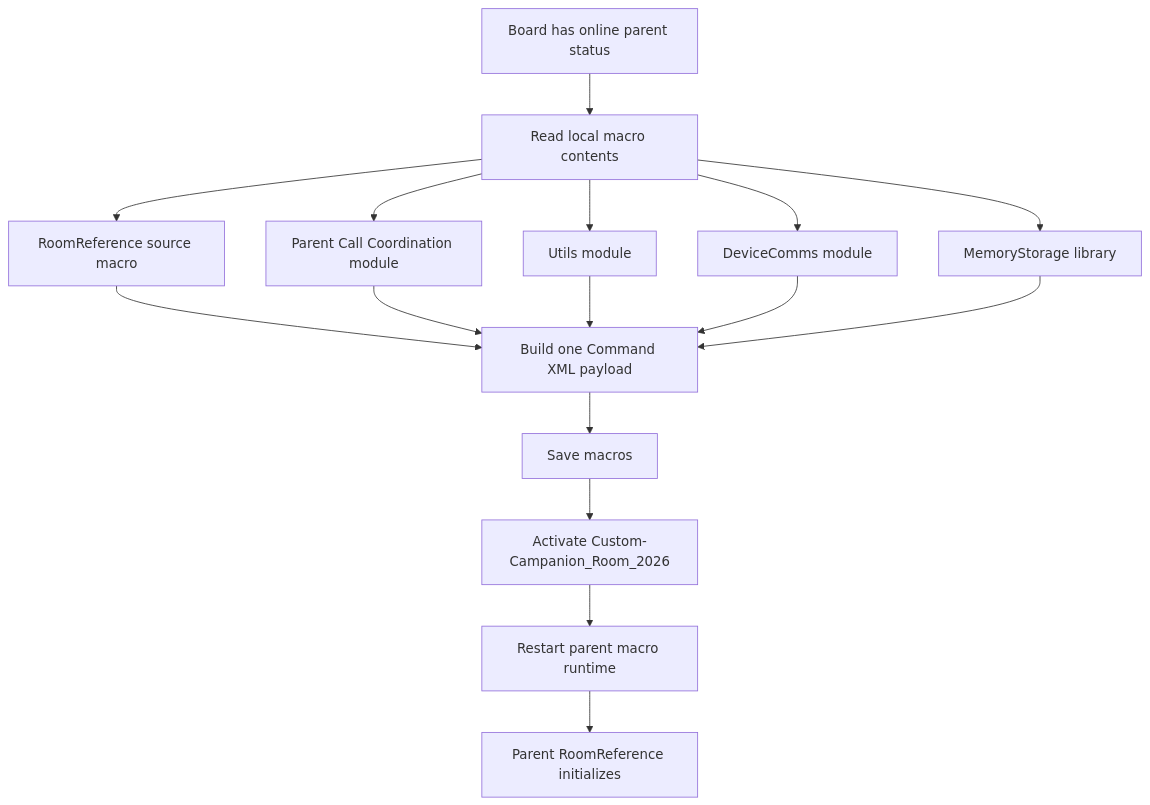
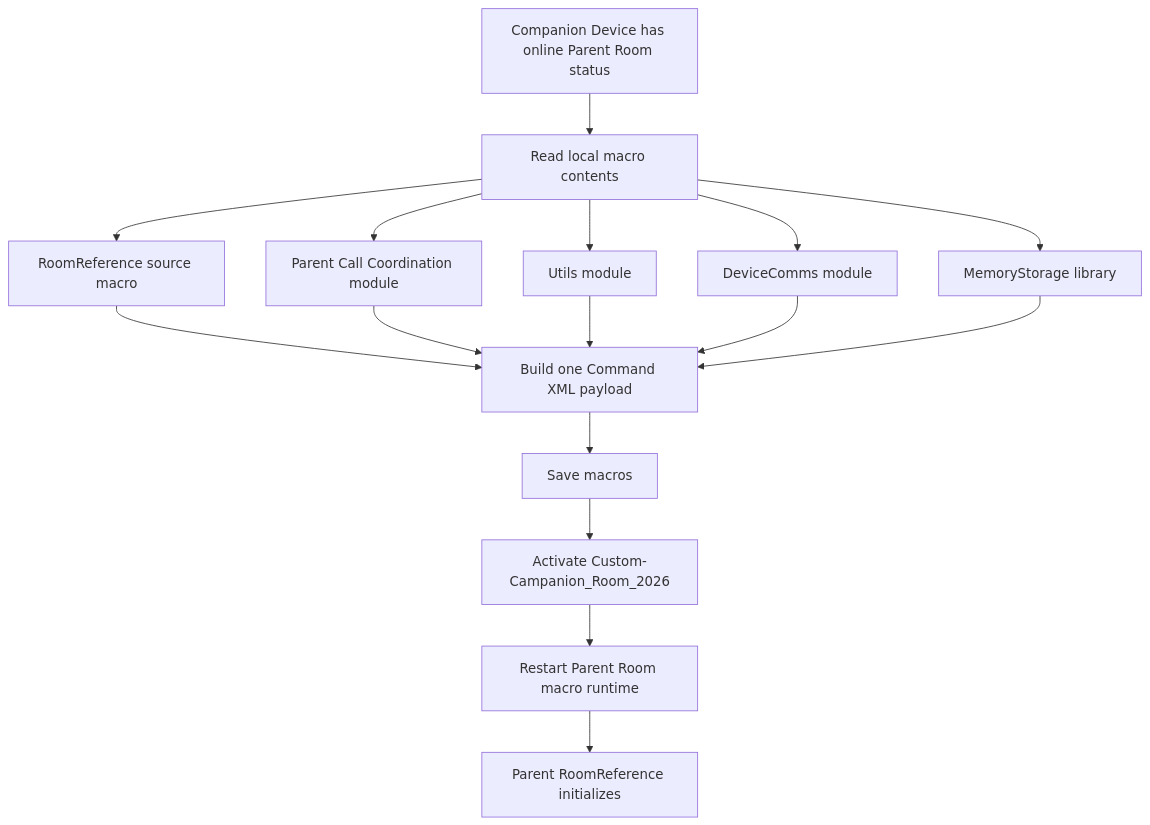
The second of 8 diagrams in README.md (ctg-tme/Custom_Companion_2026), drawn with Mermaid before and after one commit. The commit also changed other lines of this file and 42 other files, not shown here.

````diff
--- a/README.md
+++ b/README.md
@@ -86,18 +86,18 @@
 ```mermaid
 flowchart TD
-	A[Board has online parent status] --> B[Read local macro contents]
+	A[Companion Device has online Parent Room status] --> B[Read local macro contents]
 	B --> C[RoomReference source macro]
 	B --> D[Parent Call Coordination module]
 	B --> E[Utils module]
 	B --> F[DeviceComms module]
 	B --> G[MemoryStorage library]
 	C --> H[Build one Command XML payload]
 	D --> H
 	E --> H
 	F --> H
 	G --> H
 	H --> I[Save macros]
 	I --> J[Activate Custom-Campanion_Room_2026]
-	J --> K[Restart parent macro runtime]
+	J --> K[Restart Parent Room macro runtime]
 	K --> L[Parent RoomReference initializes]
 ```
````
